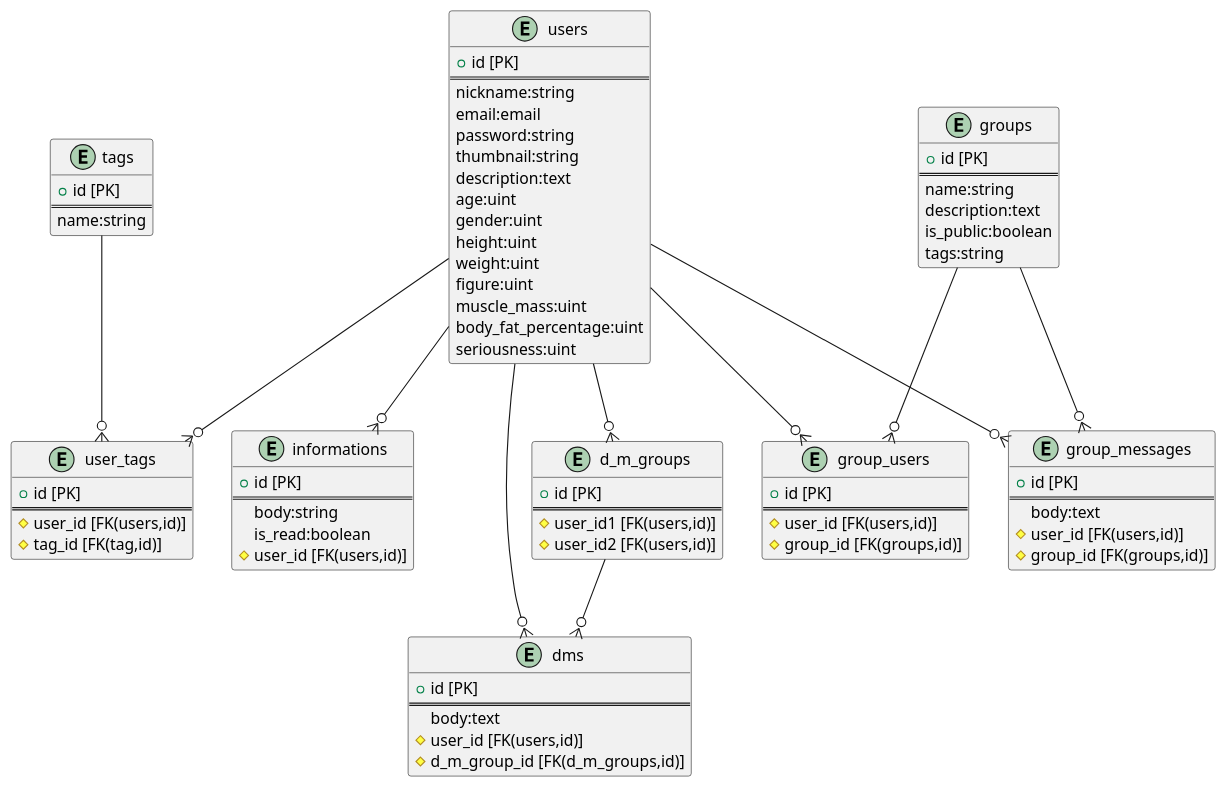
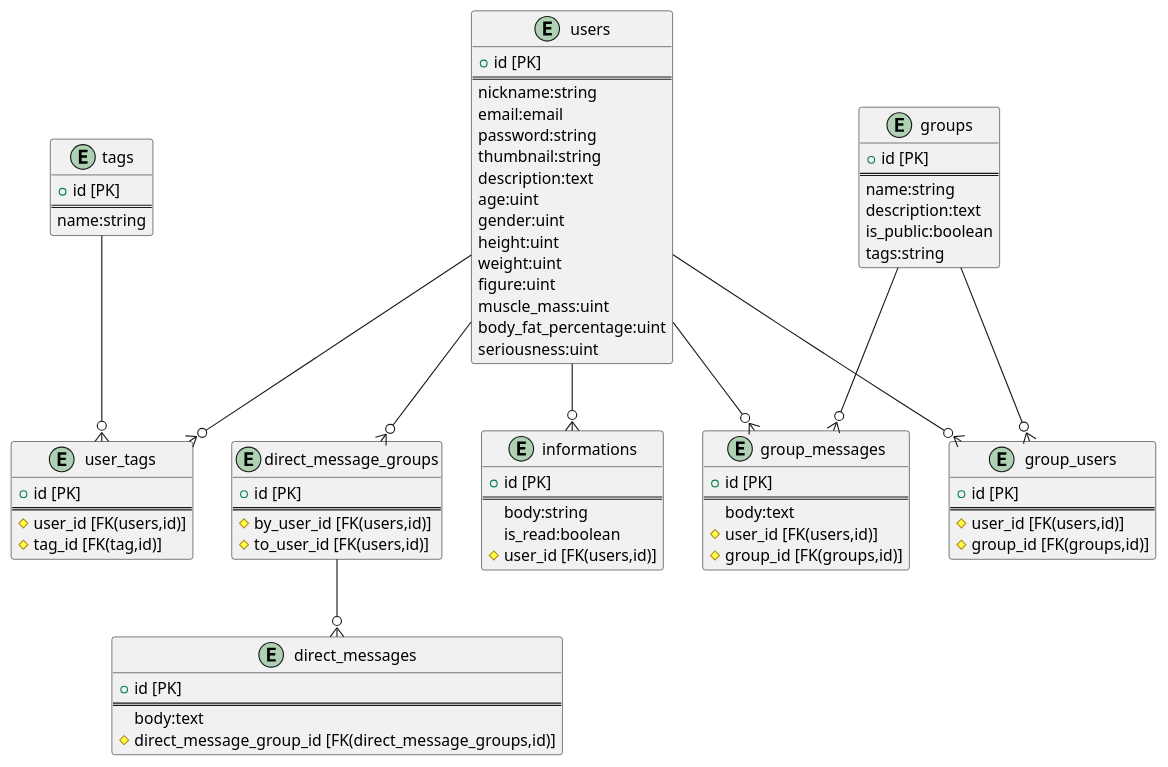
One commit to NAKKA-K/musclers changed the diagram in docs/ER.md. Above: the diagram before and after it, drawn with PlantUML.

Commit message:
Add new DM table doc

````diff
--- a/docs/ER.md
+++ b/docs/ER.md
@@ -73,23 +73,22 @@
 groups --o{ group_messages
 users --o{ group_messages
 
-entity "dms" {
+entity "direct_message_groups" {
+    + id [PK]
+    ==
+    # by_user_id [FK(users,id)]
+    # to_user_id [FK(users,id)]
+}
+
+entity "direct_messages" {
     + id [PK]
     ==
     body:text
-    # user_id [FK(users,id)]
-    # d_m_group_id [FK(d_m_groups,id)]
+    # direct_message_group_id [FK(direct_message_groups,id)]
 }
 
-entity "d_m_groups" {
-    + id [PK]
-    ==
-    # user_id1 [FK(users,id)]
-    # user_id2 [FK(users,id)]
-}
-users --o{ d_m_groups
-d_m_groups --o{ dms
-users --o{ dms
+users --o{ direct_message_groups
+direct_message_groups --o{ direct_messages
 
 @enduml
 ```
````
